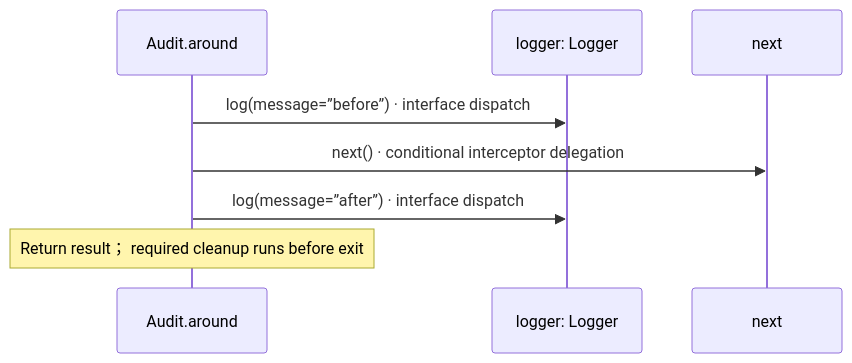
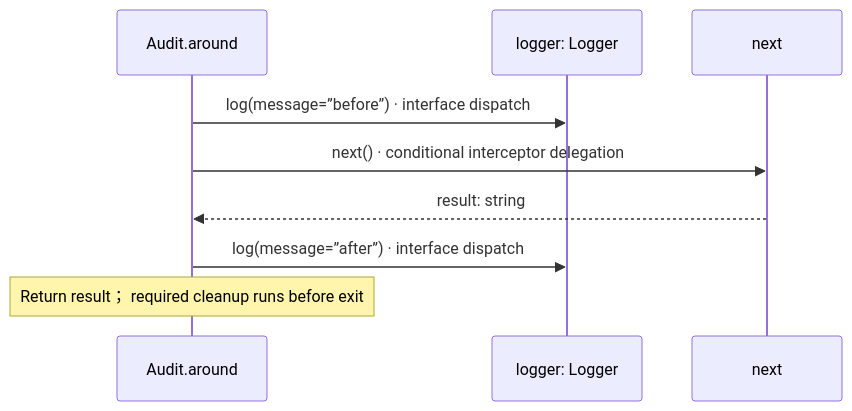
Before and after one commit to GreenPandaStudios/augscript: the second of 4 diagrams in docs/examples/interceptors/interceptors-diagrams.md, drawn with Mermaid. The commit also changed other lines of this file and 304 other files, not shown here.

Commit message:
Make generated data-flow sequences concise and review every diagram

````diff
--- a/docs/examples/interceptors/interceptors-diagrams.md
+++ b/docs/examples/interceptors/interceptors-diagrams.md
@@ -63,10 +46,11 @@
 ```mermaid
 sequenceDiagram
     participant p0 as Audit.around
     participant p1 as logger: Logger
     participant p2 as next
     p0->>p1: log(message=”before”) · interface dispatch
     p0->>p2: next() · conditional interceptor delegation
+    p2-->>p0: result: string
     p0->>p1: log(message=”after”) · interface dispatch
     Note over p0: Return result； required cleanup runs before exit
 ```
````
